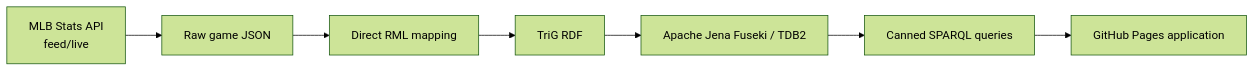
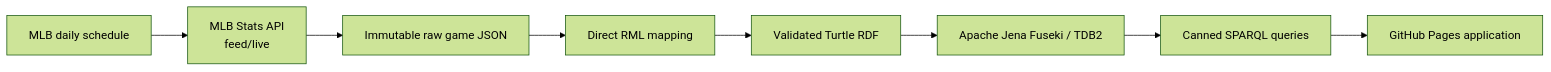
The diagram in README.md (CarterBeauBenson/BaseballO), drawn with Mermaid (forest theme) before and after one commit. The commit also changed other lines of this file and 12 other files, not shown here.

Commit message:
Add daily MLB game acquisition flow

````diff
--- a/README.md
+++ b/README.md
@@ -7,9 +7,10 @@
 ```mermaid
 flowchart LR
-    API[MLB Stats API<br/>feed/live] --> RAW[Raw game JSON]
+    SCHEDULE[MLB daily schedule] --> API[MLB Stats API<br/>feed/live]
+    API --> RAW[Immutable raw game JSON]
     RAW --> RML[Direct RML mapping]
-    RML --> RDF[TriG RDF]
+    RML --> RDF[Validated Turtle RDF]
     RDF --> FUSEKI[Apache Jena Fuseki / TDB2]
     FUSEKI --> SPARQL[Canned SPARQL queries]
     SPARQL --> WEB[GitHub Pages application]
 ```
````
